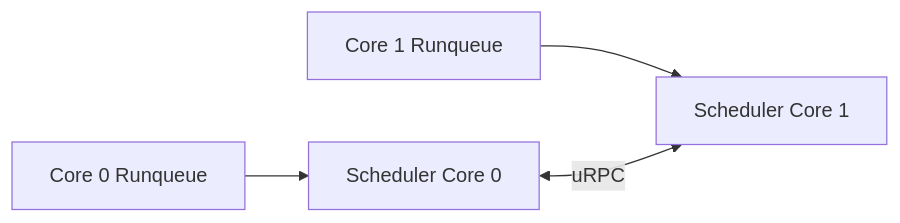
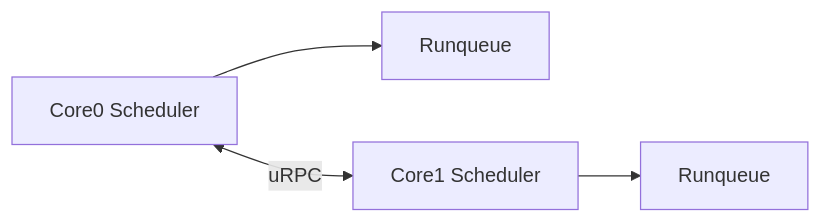
The fourth of 8 diagrams in docs/architecture/kernel/process_thread.md (CloudCarpentry/Bharat-OS), drawn with Mermaid before and after one commit. The commit also changed other lines of this file and 3 other files, not shown here.

Commit message:
docs: update architecture for true multikernel distributed state

````diff
--- a/docs/architecture/kernel/process_thread.md
+++ b/docs/architecture/kernel/process_thread.md
@@ -159,7 +151,7 @@
 ```mermaid
 graph LR
-    A[Core 0 Runqueue] --> B[Scheduler Core 0]
-    C[Core 1 Runqueue] --> D[Scheduler Core 1]
+    A[Core0 Scheduler] --> A1[Runqueue]
+    B[Core1 Scheduler] --> B1[Runqueue]
 
-    B <-- uRPC --> D
+    A <-- uRPC --> B
 ```
````
